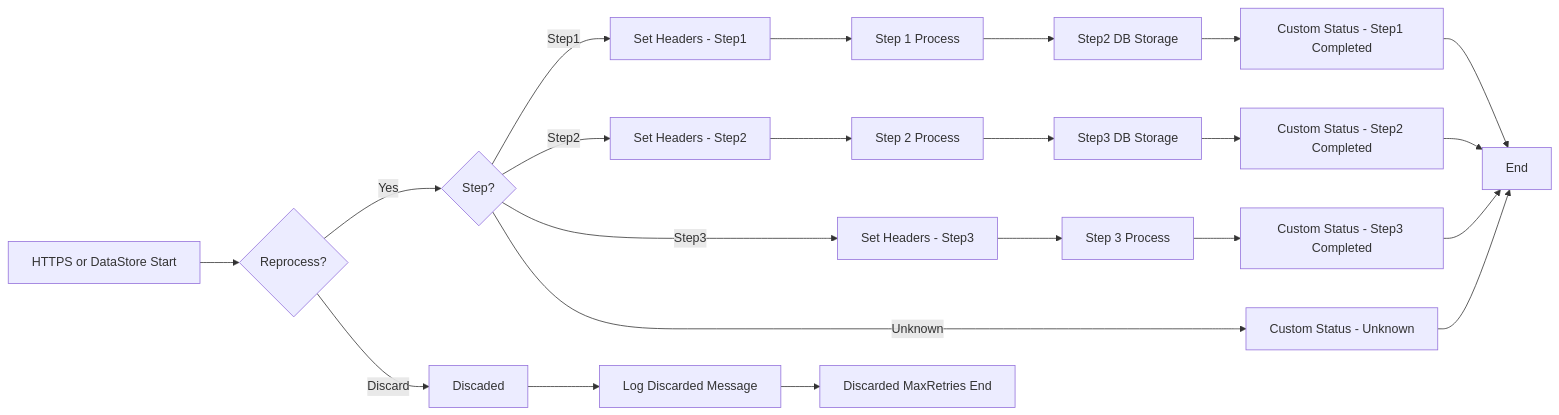
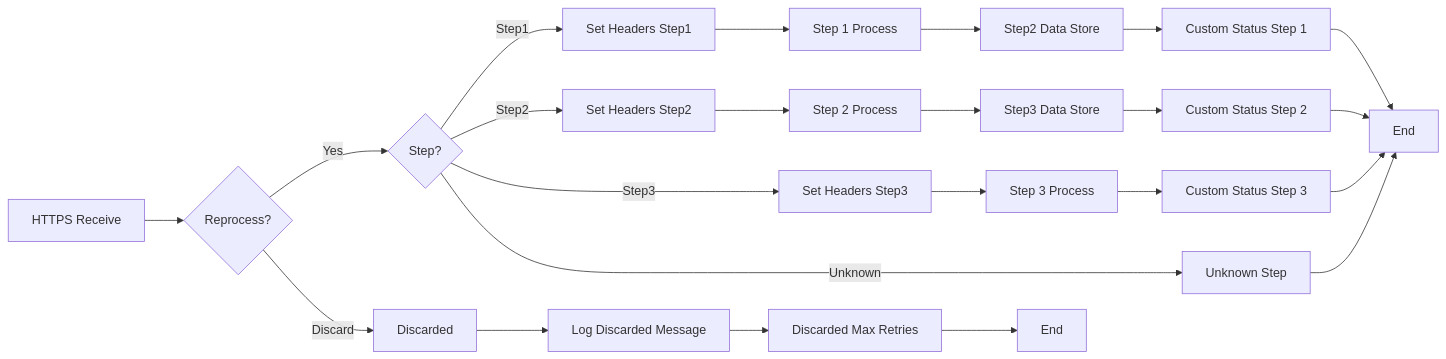
One commit to Avvale-IA-CICD/AvvaleCPI changed the diagram in MMZ - Templates/SEDA_Model_-_Single_DS_-_Restart_and_Discard-1.0.0/readme.md. Above: the diagram before and after it, drawn with Mermaid. The commit also changed other lines of this file, not shown here.

Commit message:
Add/update documentation for SEDA_Model_-_Single_DS_-_Restart_and_Discard v1.0.0

````diff
--- a/MMZ - Templates/SEDA_Model_-_Single_DS_-_Restart_and_Discard-1.0.0/readme.md
+++ b/MMZ - Templates/SEDA_Model_-_Single_DS_-_Restart_and_Discard-1.0.0/readme.md
@@ -4,24 +4,25 @@
 ```mermaid
 graph LR
-    A[HTTPS or DataStore Start] --> B{Reprocess?}
-    B -- Yes --> C{Step?}
-    B -- Discard --> D[Discaded]
-    C -- Step1 --> E[Set Headers - Step1]
-    C -- Step2 --> F[Set Headers - Step2]
-    C -- Step3 --> G[Set Headers - Step3]
-    C -- Unknown --> H[Custom Status - Unknown]
-    E --> I[Step 1 Process]
-    F --> J[Step 2 Process]
-    G --> K[Step 3 Process]
-    I --> L[Step2 DB Storage]
-    J --> M[Step3 DB Storage]
-    K --> N[Custom Status - Step3 Completed]
-    L --> O[Custom Status - Step1 Completed]
-    M --> P[Custom Status - Step2 Completed]
-    D --> Q[Log Discarded Message]
-    O --> R[End]
-    P --> R[End]
-    N --> R[End]
-    Q --> S[Discarded MaxRetries End]
-    H --> R[End]
+    A[HTTPS Receive] --> B{Reprocess?};
+    B -- Yes --> C{Step?};
+    B -- Discard --> D[Discarded];
+    C -- Step1 --> E[Set Headers Step1];
+    C -- Step2 --> F[Set Headers Step2];
+    C -- Step3 --> G[Set Headers Step3];
+    C -- Unknown --> H[Unknown Step];
+    E --> I[Step 1 Process];
+    F --> J[Step 2 Process];
+    G --> K[Step 3 Process];
+    I --> L[Step2 Data Store];
+    J --> M[Step3 Data Store];
+    K --> N[Custom Status Step 3];
+    L --> O[Custom Status Step 1];
+    M --> P[Custom Status Step 2];
+    N --> Q[End];
+    O --> Q;
+    P --> Q;
+    D --> R[Log Discarded Message];
+    R --> S[Discarded Max Retries];
+    H --> Q;
+    S --> T[End];
 ```
````
